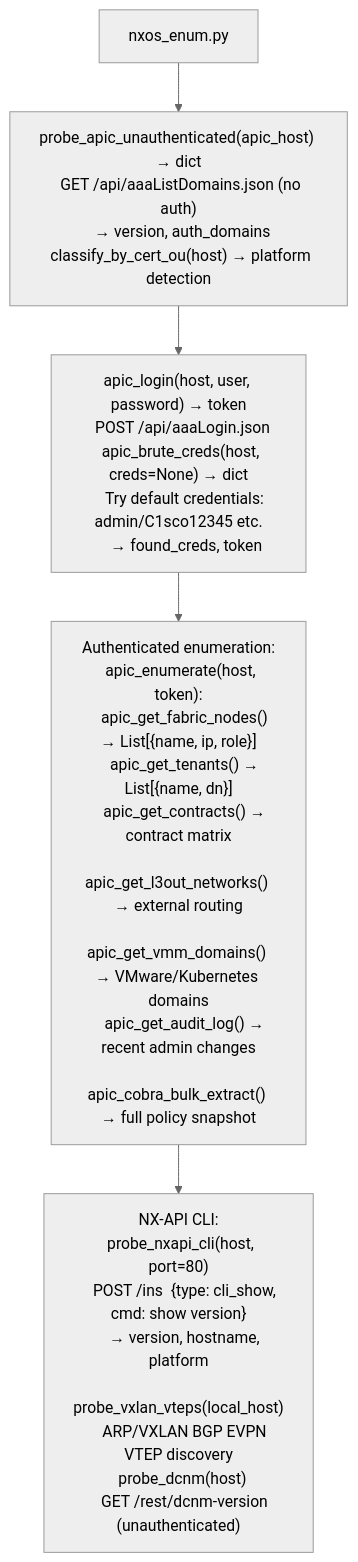
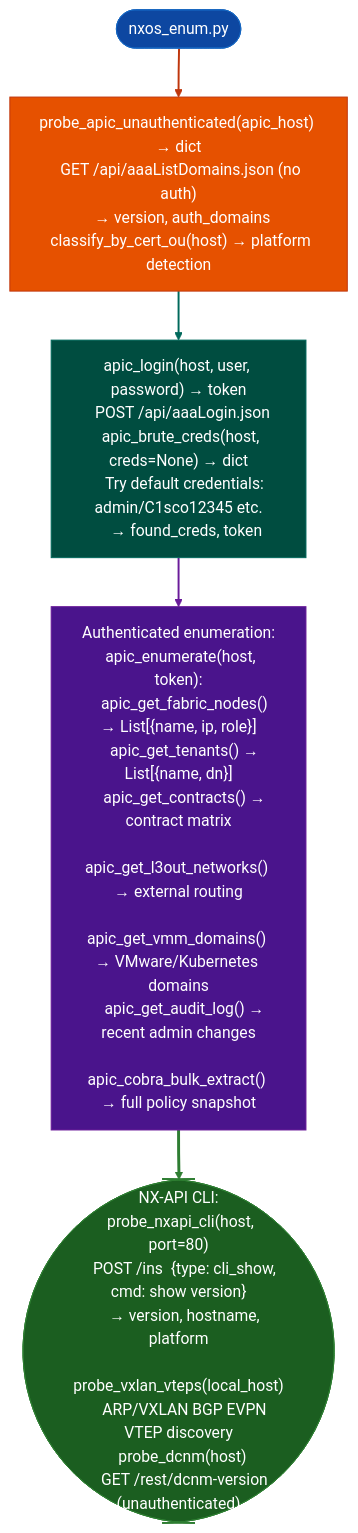
The diagram in docs/reference-modules/nx-os-aci-apic-fabric-enumeration.md (Ablation-Tool/ablation), drawn with Mermaid (neutral theme) before and after one commit. The commit also changed 320 other files, not shown here.

First line of the commit message:
docs: apply canonical Mermaid template to all 321 diagrams

````diff
--- a/docs/reference-modules/nx-os-aci-apic-fabric-enumeration.md
+++ b/docs/reference-modules/nx-os-aci-apic-fabric-enumeration.md
@@ -19,7 +19,17 @@
 ```mermaid
 flowchart TD
-    A["nxos_enum.py"] --> B["probe_apic_unauthenticated(apic_host) → dict\n  GET /api/aaaListDomains.json (no auth)\n  → version, auth_domains\n  classify_by_cert_ou(host) → platform detection"]
-    B --> C["apic_login(host, user, password) → token\n  POST /api/aaaLogin.json\n  apic_brute_creds(host, creds=None) → dict\n    Try default credentials: admin/C1sco12345 etc.\n    → found_creds, token"]
-    C --> D["Authenticated enumeration:\n  apic_enumerate(host, token):\n    apic_get_fabric_nodes() → List[{name, ip, role}]\n    apic_get_tenants() → List[{name, dn}]\n    apic_get_contracts() → contract matrix\n    apic_get_l3out_networks() → external routing\n    apic_get_vmm_domains() → VMware/Kubernetes domains\n    apic_get_audit_log() → recent admin changes\n    apic_cobra_bulk_extract() → full policy snapshot"]
-    D --> E["NX-API CLI:\n  probe_nxapi_cli(host, port=80)\n    POST /ins  {type: cli_show, cmd: show version}\n    → version, hostname, platform\n  probe_vxlan_vteps(local_host)\n    ARP/VXLAN BGP EVPN VTEP discovery\n  probe_dcnm(host)\n    GET /rest/dcnm-version (unauthenticated)"]
+    A(["nxos_enum.py"]):::input --> B["probe_apic_unauthenticated(apic_host) → dict\n  GET /api/aaaListDomains.json (no auth)\n  → version, auth_domains\n  classify_by_cert_ou(host) → platform detection"]:::primary
+    B:::primary --> C["apic_login(host, user, password) → token\n  POST /api/aaaLogin.json\n  apic_brute_creds(host, creds=None) → dict\n    Try default credentials: admin/C1sco12345 etc.\n    → found_creds, token"]:::secondary
+    C:::secondary --> D["Authenticated enumeration:\n  apic_enumerate(host, token):\n    apic_get_fabric_nodes() → List[{name, ip, role}]\n    apic_get_tenants() → List[{name, dn}]\n    apic_get_contracts() → contract matrix\n    apic_get_l3out_networks() → external routing\n    apic_get_vmm_domains() → VMware/Kubernetes domains\n    apic_get_audit_log() → recent admin changes\n    apic_cobra_bulk_extract() → full policy snapshot"]:::tertiary
+    D:::tertiary --> E(["NX-API CLI:\n  probe_nxapi_cli(host, port=80)\n    POST /ins  {type: cli_show, cmd: show version}\n    → version, hostname, platform\n  probe_vxlan_vteps(local_host)\n    ARP/VXLAN BGP EVPN VTEP discovery\n  probe_dcnm(host)\n    GET /rest/dcnm-version (unauthenticated)"]):::output
+    classDef input     fill:#0d47a1,stroke:#1565c0,color:#fff
+    classDef primary   fill:#e65100,stroke:#bf360c,color:#fff
+    classDef secondary fill:#004d40,stroke:#00695c,color:#fff
+    classDef tertiary  fill:#4a148c,stroke:#6a1b9a,color:#fff
+    classDef neutral   fill:#37474f,stroke:#546e7a,color:#fff
+    classDef output    fill:#1b5e20,stroke:#2e7d32,color:#fff
+    linkStyle 0 stroke:#bf360c,stroke-width:2px
+    linkStyle 1 stroke:#00695c,stroke-width:2px
+    linkStyle 2 stroke:#6a1b9a,stroke-width:2px
+    linkStyle 3 stroke:#2e7d32,stroke-width:3px
 ```
````
